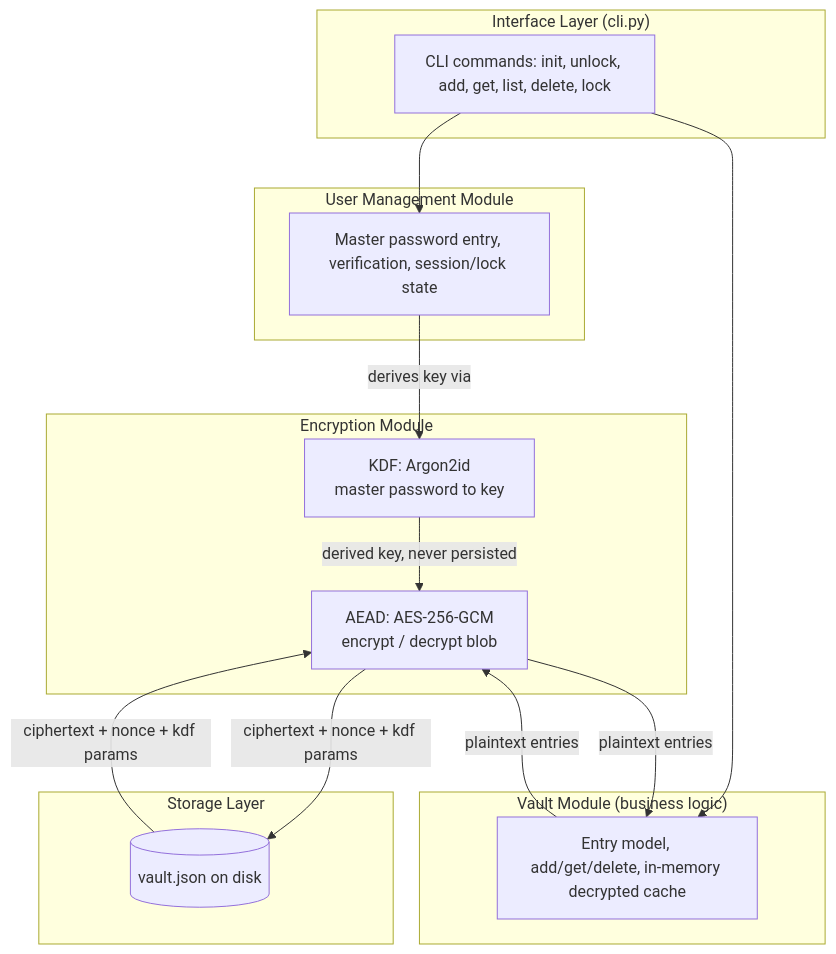
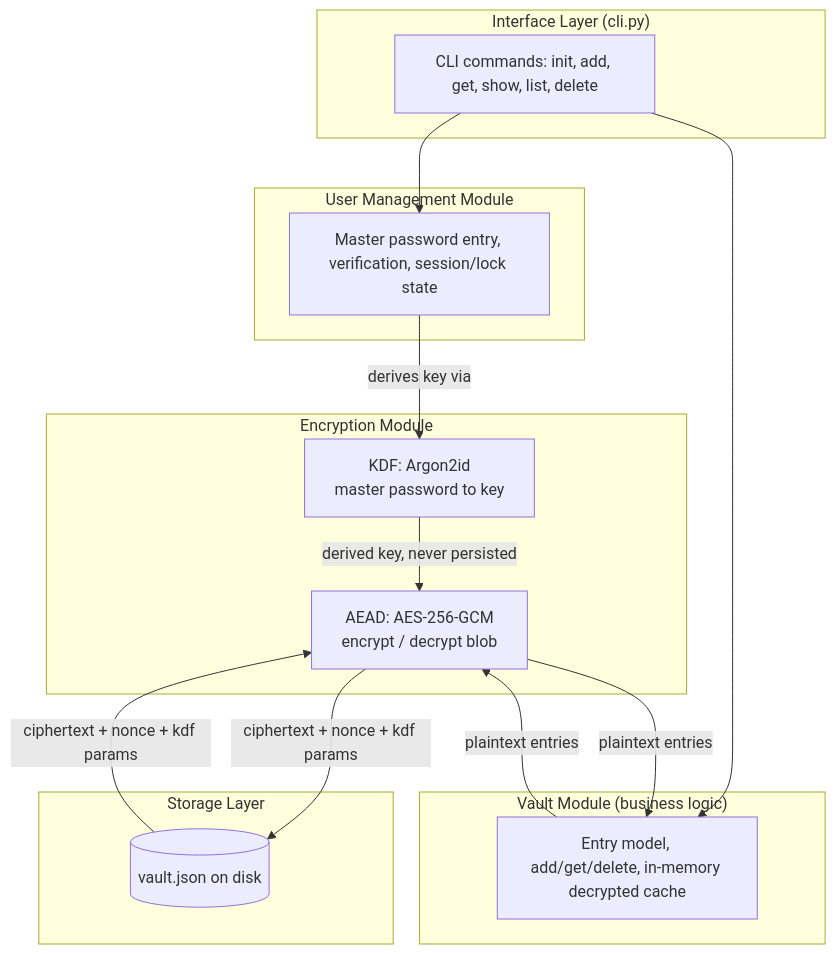
The diagram in docs/architecture.md (nikitaspringis21/ics0022-2026-password_manager), drawn with Mermaid before and after one commit. The commit also changed other lines of this file and 5 other files, not shown here.

````diff
--- a/docs/architecture.md
+++ b/docs/architecture.md
@@ -13,32 +13,32 @@
 ```mermaid
 flowchart TB
     subgraph Interface["Interface Layer (cli.py)"]
-        CLI[CLI commands: init, unlock, add, get, list, delete, lock]
+        CLI[CLI commands: init, add, get, show, list, delete]
     end
 
     subgraph UserMgmt["User Management Module"]
         AUTH[Master password entry, verification, session/lock state]
     end
 
     subgraph VaultCore["Vault Module (business logic)"]
         VAULT[Entry model, add/get/delete, in-memory decrypted cache]
     end
 
     subgraph Crypto["Encryption Module"]
         KDF[KDF: Argon2id\nmaster password to key]
         AEAD[AEAD: AES-256-GCM\nencrypt / decrypt blob]
     end
 
     subgraph Storage["Storage Layer"]
         FILE[(vault.json on disk)]
     end
 
     CLI --> AUTH
     AUTH -->|derives key via| KDF
     CLI --> VAULT
     VAULT -->|plaintext entries| AEAD
     AEAD -->|ciphertext + nonce + kdf params| FILE
     FILE -->|ciphertext + nonce + kdf params| AEAD
     AEAD -->|plaintext entries| VAULT
     KDF -->|derived key, never persisted| AEAD
 ```
````
